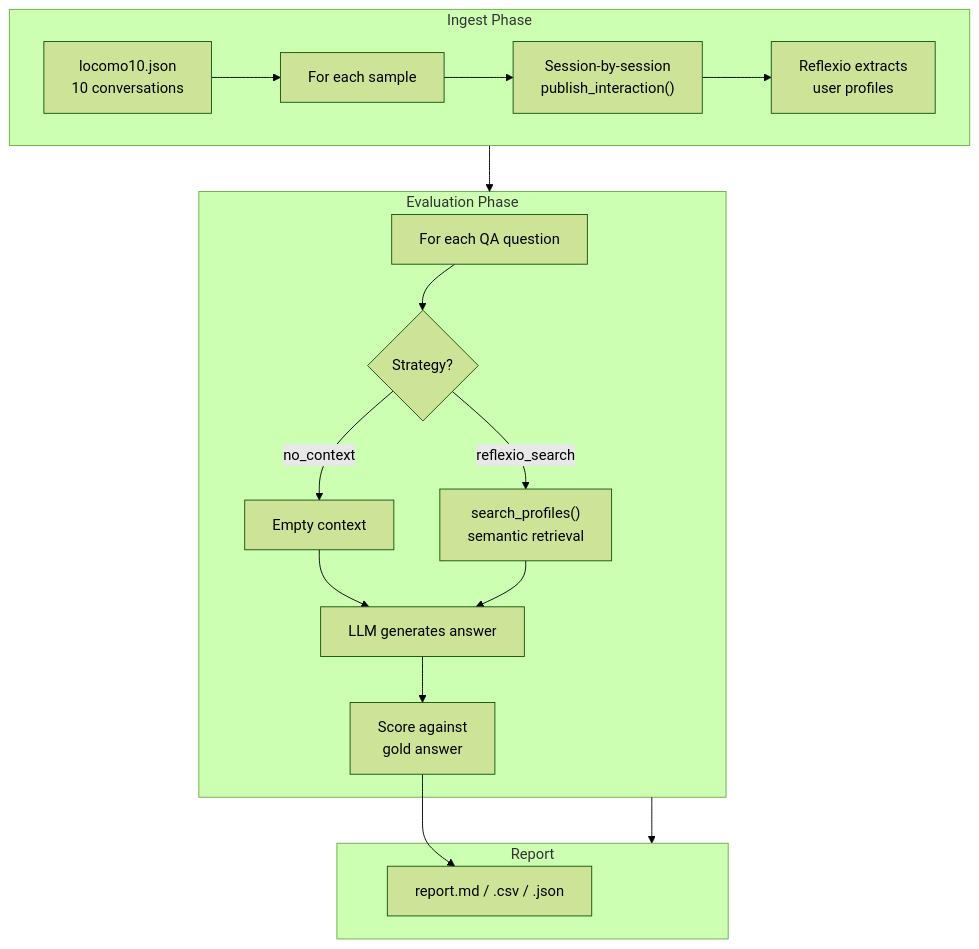
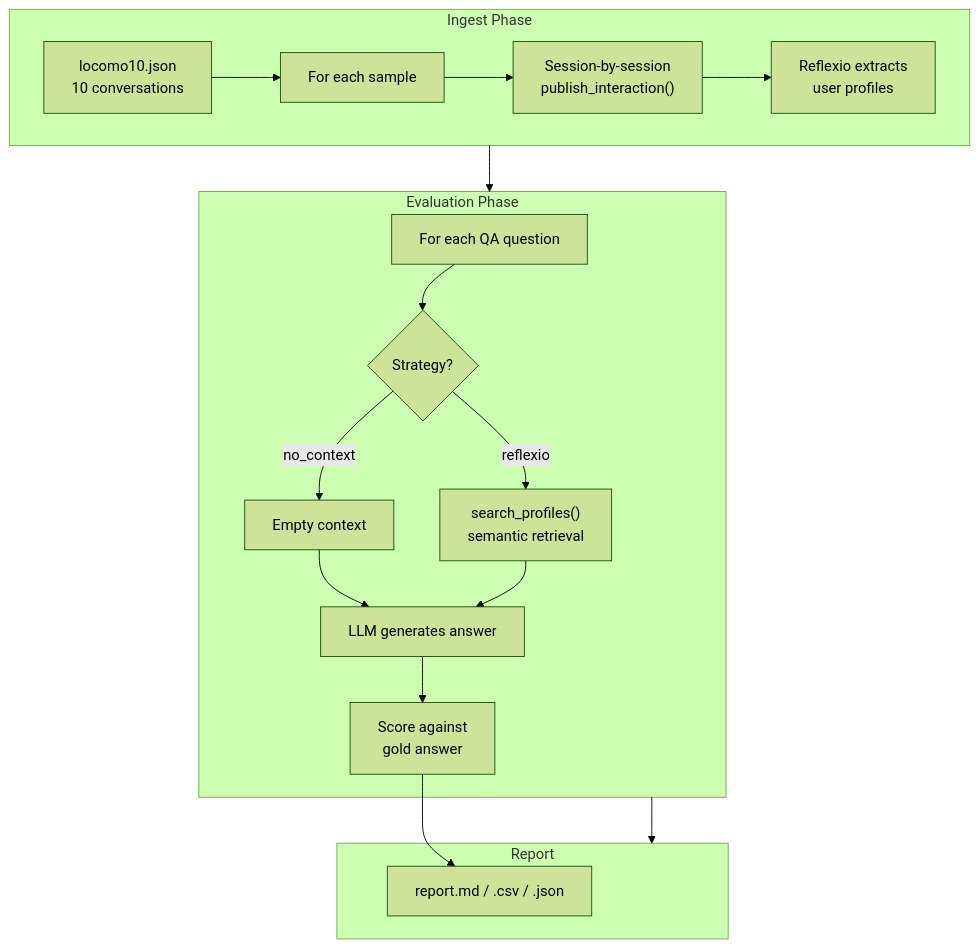
One commit to yyiilluu/reflexio-enterprise changed the diagram in benchmarks/locomo/README.md. Above: the diagram before and after it, drawn with Mermaid (forest theme). The commit also changed other lines of this file and 2 other files, not shown here.

First line of the commit message:
refactor(benchmark): rename reflexio_search strategy to reflexio

````diff
--- a/benchmarks/locomo/README.md
+++ b/benchmarks/locomo/README.md
@@ -56,26 +56,26 @@
 ```mermaid
 flowchart TD
     subgraph Ingest["Ingest Phase"]
         A["locomo10.json<br/>10 conversations"] --> B["For each sample"]
         B --> C["Session-by-session<br/>publish_interaction()"]
         C --> D["Reflexio extracts<br/>user profiles"]
     end
 
     subgraph Eval["Evaluation Phase"]
         E["For each QA question"] --> F{Strategy?}
 
         F -->|no_context| G["Empty context"]
-        F -->|reflexio_search| J["search_profiles()<br/>semantic retrieval"]
+        F -->|reflexio| J["search_profiles()<br/>semantic retrieval"]
 
         G --> K["LLM generates answer"]
         J --> K
 
         K --> L["Score against<br/>gold answer"]
     end
 
     subgraph Output["Report"]
         L --> M["report.md / .csv / .json"]
     end
 
     Ingest --> Eval --> Output
 ```
````
